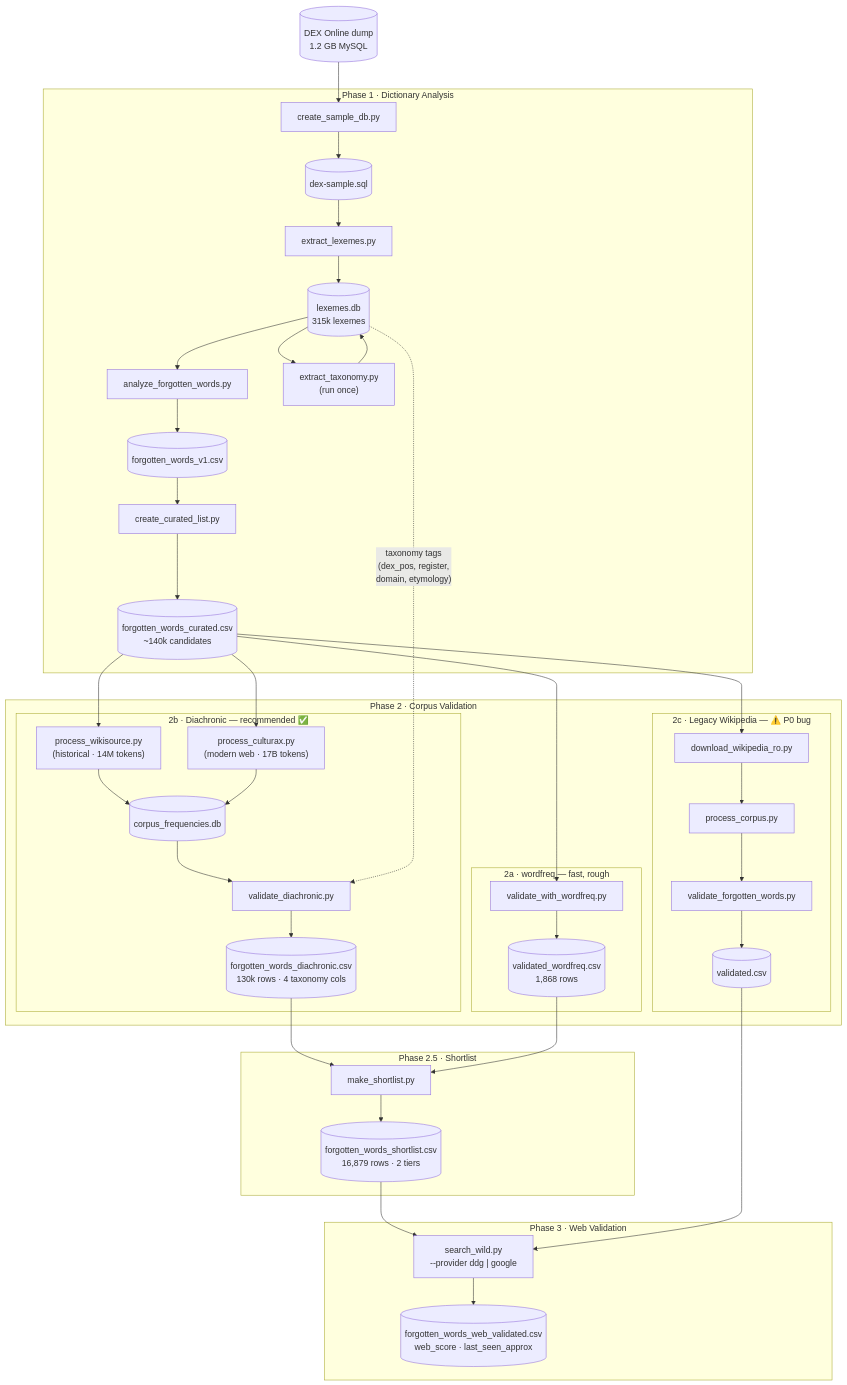
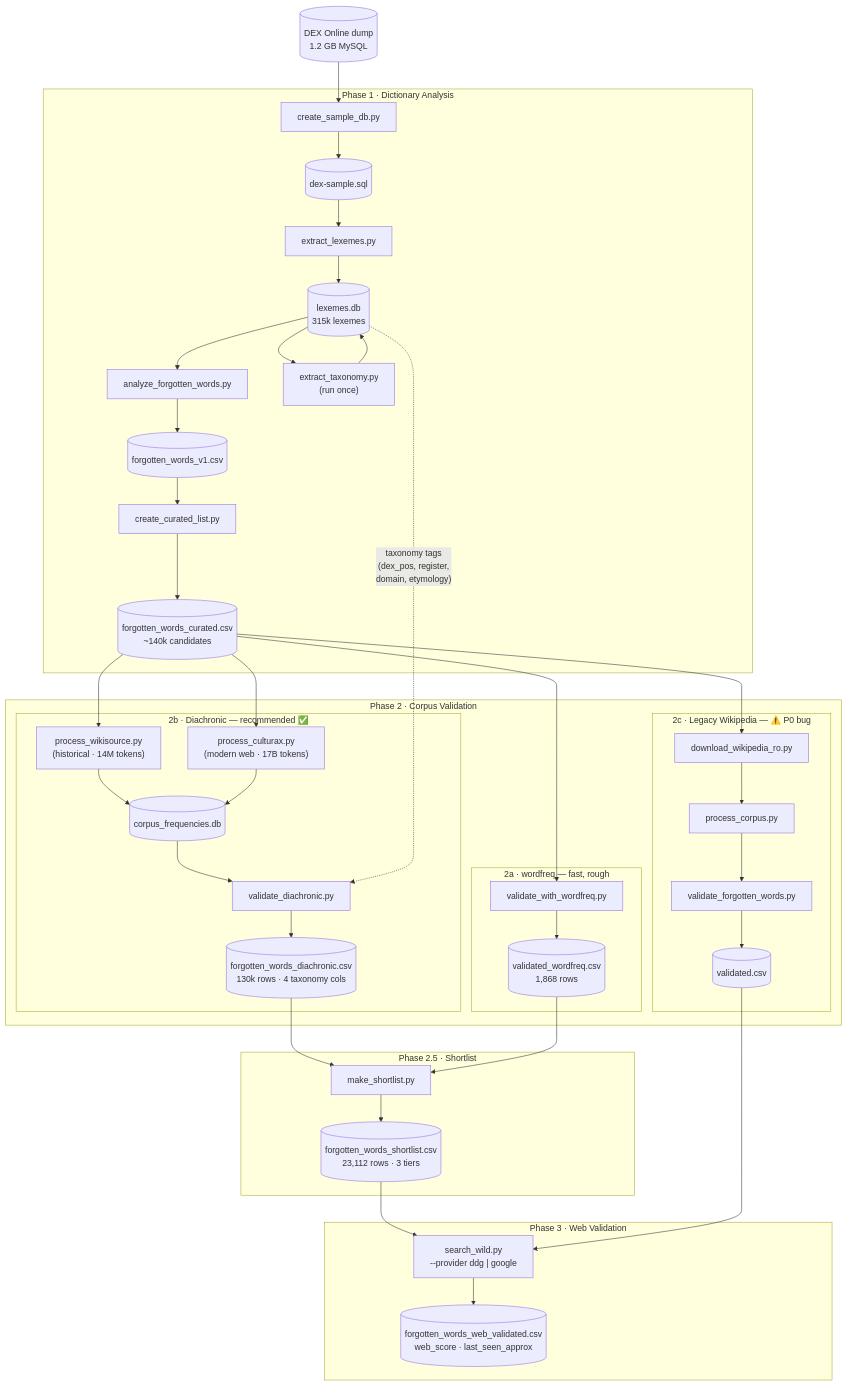
One commit to gov2-ro/otzios changed the first of 2 diagrams in readme.md. Above: the diagram before and after it, drawn with Mermaid. The commit also changed other lines of this file, not shown here.

Commit message:
docs(readme): update shortlist counts, wordfreq tier column, roadmap items

````diff
--- a/readme.md
+++ b/readme.md
@@ -29,45 +29,45 @@
 ```mermaid
 flowchart TD
     DEX[("DEX Online dump\n1.2 GB MySQL")]
 
     subgraph P1["Phase 1 · Dictionary Analysis"]
         A["create_sample_db.py"] --> B[("dex-sample.sql")]
         B --> C["extract_lexemes.py"] --> D[("lexemes.db\n315k lexemes")]
         D --> E["analyze_forgotten_words.py"] --> F[("forgotten_words_v1.csv")]
         F --> G["create_curated_list.py"] --> H[("forgotten_words_curated.csv\n~140k candidates")]
         D --> TAX["extract_taxonomy.py\n(run once)"] --> D
     end
 
     subgraph P2["Phase 2 · Corpus Validation"]
         subgraph P2A["2a · wordfreq — fast, rough"]
             WF["validate_with_wordfreq.py"] --> WF_OUT[("validated_wordfreq.csv\n1,868 rows")]
         end
         subgraph P2B["2b · Diachronic — recommended ✅"]
             WS["process_wikisource.py\n(historical · 14M tokens)"]
             CX["process_culturax.py\n(modern web · 17B tokens)"]
             WS & CX --> CORP[("corpus_frequencies.db")]
             CORP --> DIA["validate_diachronic.py"] --> DIA_OUT[("forgotten_words_diachronic.csv\n130k rows · 4 taxonomy cols")]
         end
         subgraph P2C["2c · Legacy Wikipedia — ⚠️ P0 bug"]
             DL["download_wikipedia_ro.py"] --> PC["process_corpus.py"] --> VFW["validate_forgotten_words.py"] --> LEG[("validated.csv")]
         end
     end
 
     subgraph P25["Phase 2.5 · Shortlist"]
-        SL["make_shortlist.py"] --> SL_OUT[("forgotten_words_shortlist.csv\n16,879 rows · 2 tiers")]
+        SL["make_shortlist.py"] --> SL_OUT[("forgotten_words_shortlist.csv\n23,112 rows · 3 tiers")]
     end
 
     subgraph P3["Phase 3 · Web Validation"]
         SW["search_wild.py\n--provider ddg | google"] --> WEB_OUT[("forgotten_words_web_validated.csv\nweb_score · last_seen_approx")]
     end
 
     DEX --> A
     H --> WF
     H --> WS & CX
     H --> DL
     D -.->|"taxonomy tags\n(dex_pos, register,\ndomain, etymology)"| DIA
     DIA_OUT --> SL
     WF_OUT --> SL
     SL_OUT --> SW
     LEG --> SW
 ```
````
